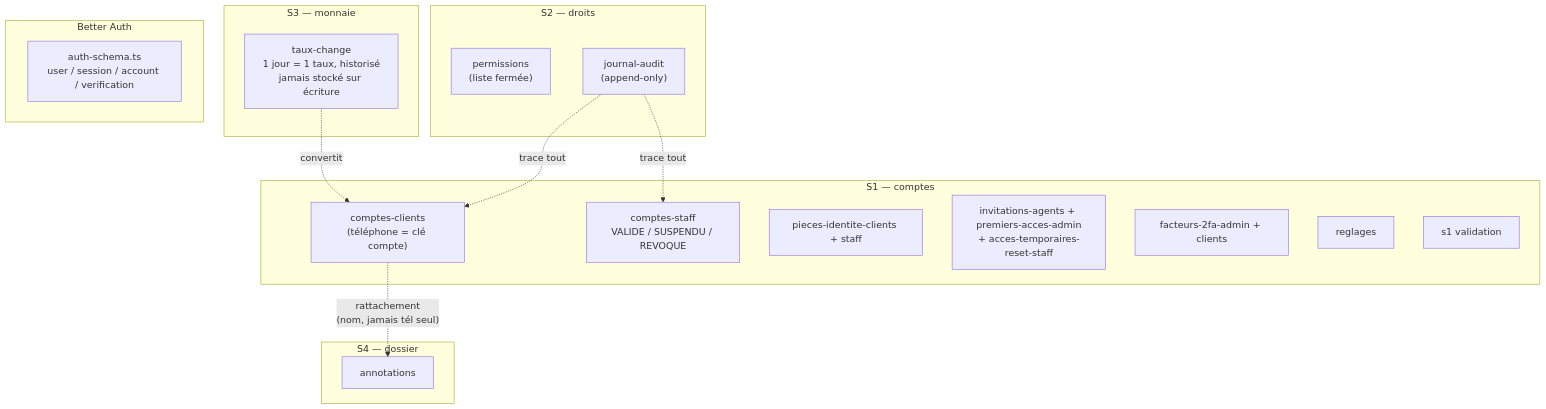
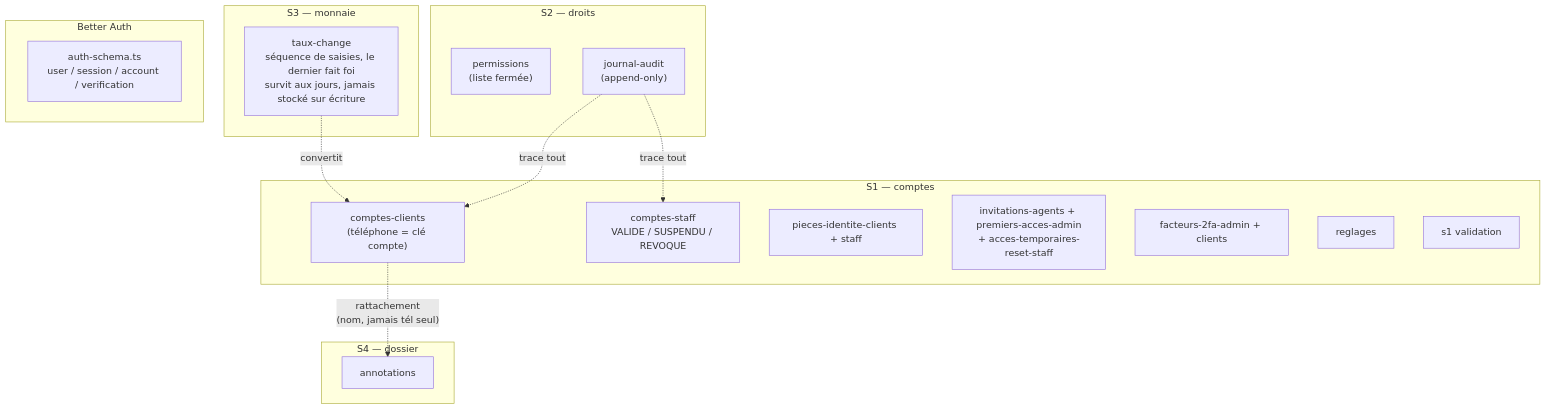
The fourth of 5 diagrams in MAP.md (octyfataki/tks), drawn with Mermaid before and after one commit. The commit also changed other lines of this file and 29 other files, not shown here.

First line of the commit message:
le taux en vigueur est la dernière saisie, il survit aux jours (#49)

````diff
--- a/MAP.md
+++ b/MAP.md
@@ -134,29 +134,29 @@
 ```mermaid
 flowchart TB
   subgraph S1T["S1 — comptes"]
     CC["comptes-clients<br/>(téléphone = clé compte)"]
     CS["comptes-staff<br/>VALIDE / SUSPENDU / REVOQUE"]
     PIC["pieces-identite-clients + staff"]
     INV["invitations-agents + premiers-acces-admin<br/>+ acces-temporaires-reset-staff"]
     F2FA["facteurs-2fa-admin + clients"]
     REGL["reglages"]
     VALID["s1 validation"]
   end
   subgraph S2T["S2 — droits"]
     PERM["permissions<br/>(liste fermée)"]
     JAUDIT["journal-audit<br/>(append-only)"]
   end
   subgraph S3T["S3 — monnaie"]
-    TX["taux-change<br/>1 jour = 1 taux, historisé<br/>jamais stocké sur écriture"]
+    TX["taux-change<br/>séquence de saisies, le dernier fait foi<br/>survit aux jours, jamais stocké sur écriture"]
   end
   subgraph S4T["S4 — dossier"]
     ANNO["annotations"]
   end
   subgraph BetterAuth["Better Auth"]
     BA["auth-schema.ts<br/>user / session / account / verification"]
   end
   CC -.->|"rattachement<br/>(nom, jamais tél seul)"| ANNO
   TX -.->|"convertit"| CC
   JAUDIT -.->|"trace tout"| CC
   JAUDIT -.->|"trace tout"| CS
 ```
````
